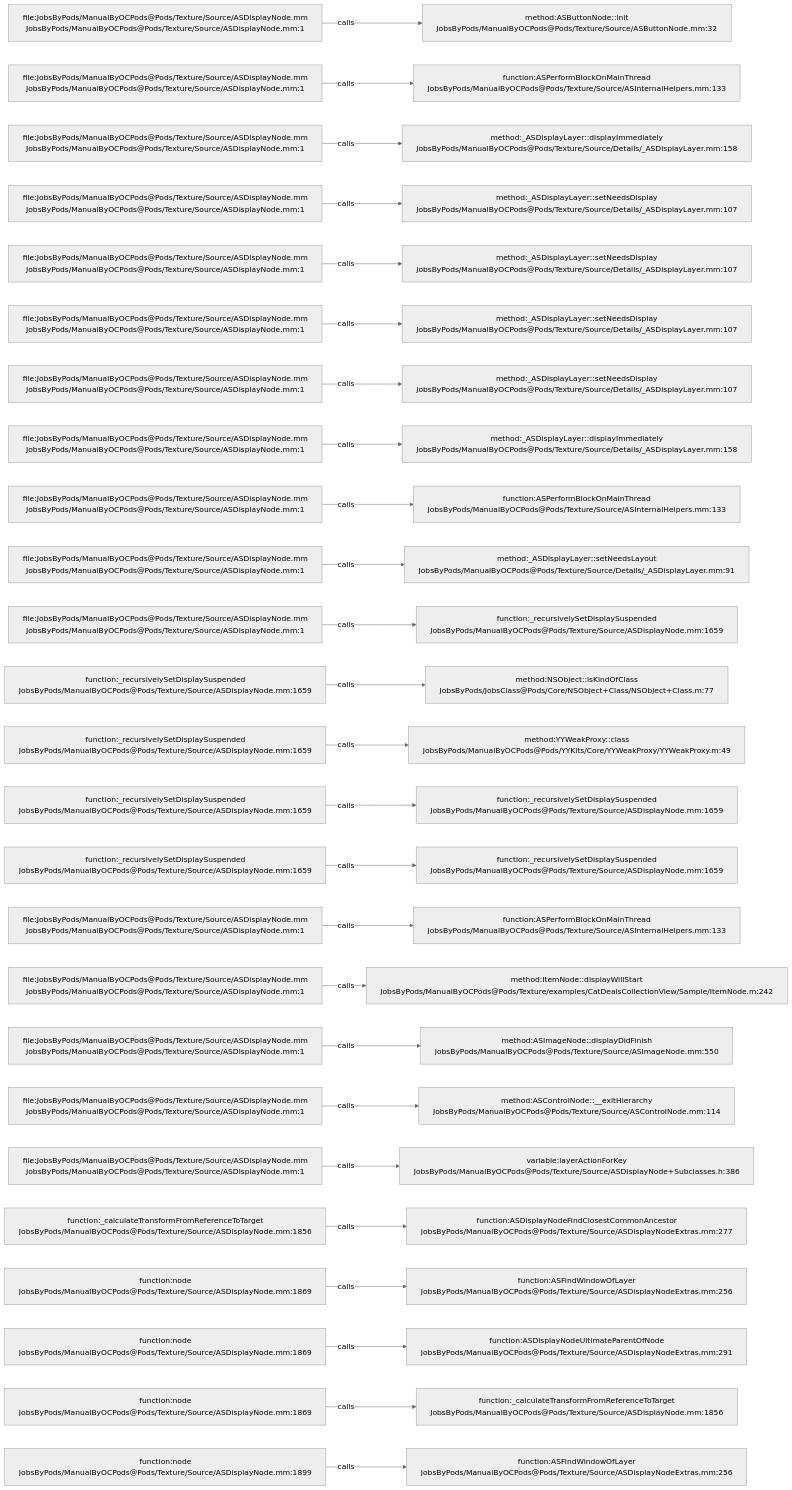
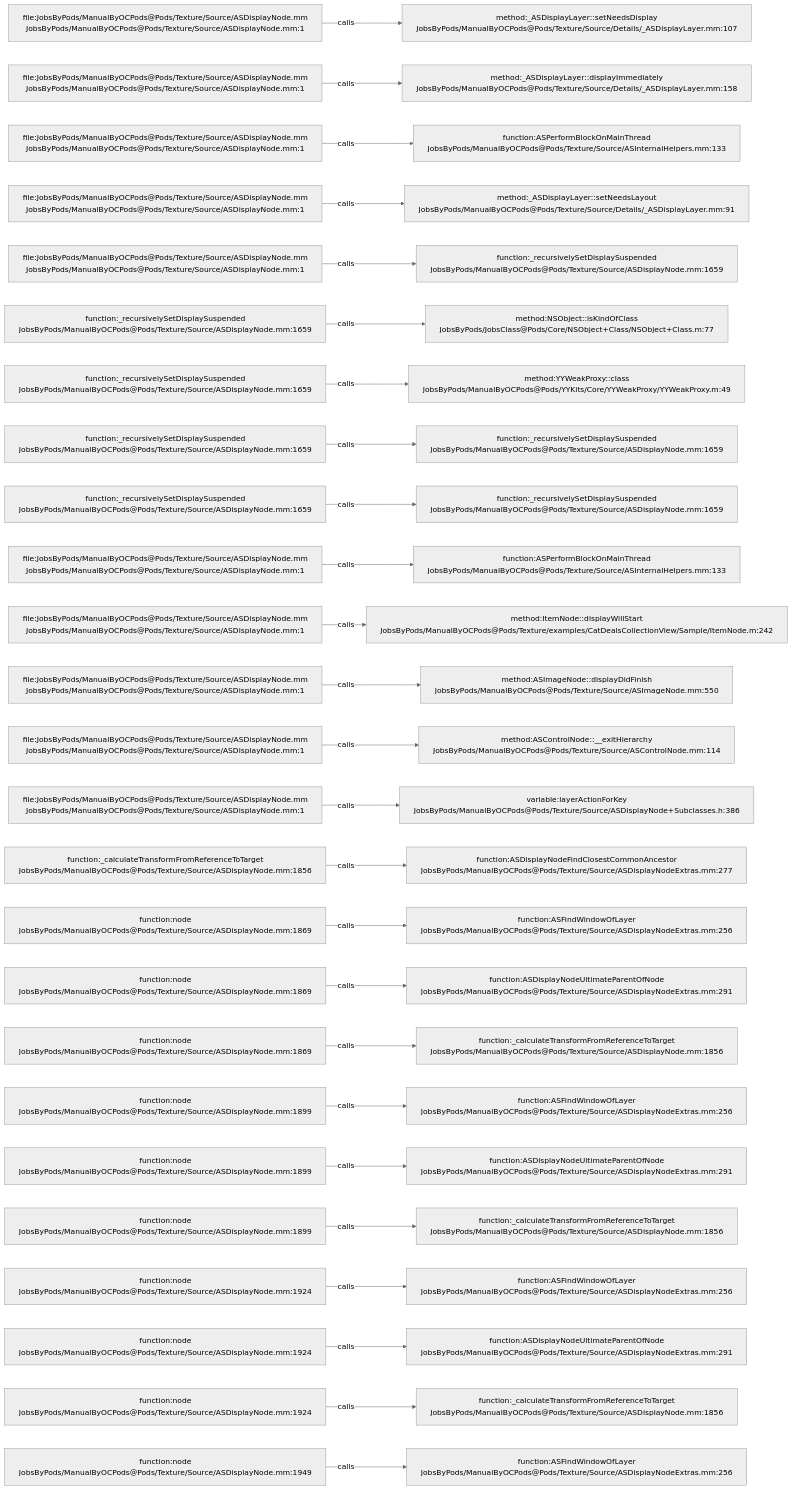
One commit to JobsKits/JobsOCBaseConfigDemo changed the diagram in .codegraph/codegraph.md/graphs/calls-092.md. Above: the diagram before and after it, drawn with Mermaid (neutral theme). The commit also changed 666 other files, not shown here.

````diff
--- a/.codegraph/codegraph.md/graphs/calls-092.md
+++ b/.codegraph/codegraph.md/graphs/calls-092.md
@@ -13,78 +13,78 @@
 ```mermaid
 flowchart LR
   S1["file:JobsByPods/ManualByOCPods@Pods/Texture/Source/ASDisplayNode.mm<br/>JobsByPods/ManualByOCPods@Pods/Texture/Source/ASDisplayNode.mm:1"]
-  T1["method:ASButtonNode::init<br/>JobsByPods/ManualByOCPods@Pods/Texture/Source/ASButtonNode.mm:32"]
+  T1["method:_ASDisplayLayer::setNeedsDisplay<br/>JobsByPods/ManualByOCPods@Pods/Texture/Source/Details/_ASDisplayLayer.mm:107"]
   S1 -->|calls| T1
   S2["file:JobsByPods/ManualByOCPods@Pods/Texture/Source/ASDisplayNode.mm<br/>JobsByPods/ManualByOCPods@Pods/Texture/Source/ASDisplayNode.mm:1"]
-  T2["function:ASPerformBlockOnMainThread<br/>JobsByPods/ManualByOCPods@Pods/Texture/Source/ASInternalHelpers.mm:133"]
+  T2["method:_ASDisplayLayer::displayImmediately<br/>JobsByPods/ManualByOCPods@Pods/Texture/Source/Details/_ASDisplayLayer.mm:158"]
   S2 -->|calls| T2
   S3["file:JobsByPods/ManualByOCPods@Pods/Texture/Source/ASDisplayNode.mm<br/>JobsByPods/ManualByOCPods@Pods/Texture/Source/ASDisplayNode.mm:1"]
-  T3["method:_ASDisplayLayer::displayImmediately<br/>JobsByPods/ManualByOCPods@Pods/Texture/Source/Details/_ASDisplayLayer.mm:158"]
+  T3["function:ASPerformBlockOnMainThread<br/>JobsByPods/ManualByOCPods@Pods/Texture/Source/ASInternalHelpers.mm:133"]
   S3 -->|calls| T3
   S4["file:JobsByPods/ManualByOCPods@Pods/Texture/Source/ASDisplayNode.mm<br/>JobsByPods/ManualByOCPods@Pods/Texture/Source/ASDisplayNode.mm:1"]
-  T4["method:_ASDisplayLayer::setNeedsDisplay<br/>JobsByPods/ManualByOCPods@Pods/Texture/Source/Details/_ASDisplayLayer.mm:107"]
+  T4["method:_ASDisplayLayer::setNeedsLayout<br/>JobsByPods/ManualByOCPods@Pods/Texture/Source/Details/_ASDisplayLayer.mm:91"]
   S4 -->|calls| T4
   S5["file:JobsByPods/ManualByOCPods@Pods/Texture/Source/ASDisplayNode.mm<br/>JobsByPods/ManualByOCPods@Pods/Texture/Source/ASDisplayNode.mm:1"]
-  T5["method:_ASDisplayLayer::setNeedsDisplay<br/>JobsByPods/ManualByOCPods@Pods/Texture/Source/Details/_ASDisplayLayer.mm:107"]
+  T5["function:_recursivelySetDisplaySuspended<br/>JobsByPods/ManualByOCPods@Pods/Texture/Source/ASDisplayNode.mm:1659"]
   S5 -->|calls| T5
-  S6["file:JobsByPods/ManualByOCPods@Pods/Texture/Source/ASDisplayNode.mm<br/>JobsByPods/ManualByOCPods@Pods/Texture/Source/ASDisplayNode.mm:1"]
-  T6["method:_ASDisplayLayer::setNeedsDisplay<br/>JobsByPods/ManualByOCPods@Pods/Texture/Source/Details/_ASDisplayLayer.mm:107"]
+  S6["function:_recursivelySetDisplaySuspended<br/>JobsByPods/ManualByOCPods@Pods/Texture/Source/ASDisplayNode.mm:1659"]
+  T6["method:NSObject::isKindOfClass<br/>JobsByPods/JobsClass@Pods/Core/NSObject+Class/NSObject+Class.m:77"]
   S6 -->|calls| T6
-  S7["file:JobsByPods/ManualByOCPods@Pods/Texture/Source/ASDisplayNode.mm<br/>JobsByPods/ManualByOCPods@Pods/Texture/Source/ASDisplayNode.mm:1"]
-  T7["method:_ASDisplayLayer::setNeedsDisplay<br/>JobsByPods/ManualByOCPods@Pods/Texture/Source/Details/_ASDisplayLayer.mm:107"]
+  S7["function:_recursivelySetDisplaySuspended<br/>JobsByPods/ManualByOCPods@Pods/Texture/Source/ASDisplayNode.mm:1659"]
+  T7["method:YYWeakProxy::class<br/>JobsByPods/ManualByOCPods@Pods/YYKits/Core/YYWeakProxy/YYWeakProxy.m:49"]
   S7 -->|calls| T7
-  S8["file:JobsByPods/ManualByOCPods@Pods/Texture/Source/ASDisplayNode.mm<br/>JobsByPods/ManualByOCPods@Pods/Texture/Source/ASDisplayNode.mm:1"]
-  T8["method:_ASDisplayLayer::displayImmediately<br/>JobsByPods/ManualByOCPods@Pods/Texture/Source/Details/_ASDisplayLayer.mm:158"]
+  S8["function:_recursivelySetDisplaySuspended<br/>JobsByPods/ManualByOCPods@Pods/Texture/Source/ASDisplayNode.mm:1659"]
+  T8["function:_recursivelySetDisplaySuspended<br/>JobsByPods/ManualByOCPods@Pods/Texture/Source/ASDisplayNode.mm:1659"]
   S8 -->|calls| T8
-  S9["file:JobsByPods/ManualByOCPods@Pods/Texture/Source/ASDisplayNode.mm<br/>JobsByPods/ManualByOCPods@Pods/Texture/Source/ASDisplayNode.mm:1"]
-  T9["function:ASPerformBlockOnMainThread<br/>JobsByPods/ManualByOCPods@Pods/Texture/Source/ASInternalHelpers.mm:133"]
+  S9["function:_recursivelySetDisplaySuspended<br/>JobsByPods/ManualByOCPods@Pods/Texture/Source/ASDisplayNode.mm:1659"]
+  T9["function:_recursivelySetDisplaySuspended<br/>JobsByPods/ManualByOCPods@Pods/Texture/Source/ASDisplayNode.mm:1659"]
   S9 -->|calls| T9
   S10["file:JobsByPods/ManualByOCPods@Pods/Texture/Source/ASDisplayNode.mm<br/>JobsByPods/ManualByOCPods@Pods/Texture/Source/ASDisplayNode.mm:1"]
-  T10["method:_ASDisplayLayer::setNeedsLayout<br/>JobsByPods/ManualByOCPods@Pods/Texture/Source/Details/_ASDisplayLayer.mm:91"]
+  T10["function:ASPerformBlockOnMainThread<br/>JobsByPods/ManualByOCPods@Pods/Texture/Source/ASInternalHelpers.mm:133"]
   S10 -->|calls| T10
   S11["file:JobsByPods/ManualByOCPods@Pods/Texture/Source/ASDisplayNode.mm<br/>JobsByPods/ManualByOCPods@Pods/Texture/Source/ASDisplayNode.mm:1"]
-  T11["function:_recursivelySetDisplaySuspended<br/>JobsByPods/ManualByOCPods@Pods/Texture/Source/ASDisplayNode.mm:1659"]
+  T11["method:ItemNode::displayWillStart<br/>JobsByPods/ManualByOCPods@Pods/Texture/examples/CatDealsCollectionView/Sample/ItemNode.m:242"]
   S11 -->|calls| T11
-  S12["function:_recursivelySetDisplaySuspended<br/>JobsByPods/ManualByOCPods@Pods/Texture/Source/ASDisplayNode.mm:1659"]
-  T12["method:NSObject::isKindOfClass<br/>JobsByPods/JobsClass@Pods/Core/NSObject+Class/NSObject+Class.m:77"]
+  S12["file:JobsByPods/ManualByOCPods@Pods/Texture/Source/ASDisplayNode.mm<br/>JobsByPods/ManualByOCPods@Pods/Texture/Source/ASDisplayNode.mm:1"]
+  T12["method:ASImageNode::displayDidFinish<br/>JobsByPods/ManualByOCPods@Pods/Texture/Source/ASImageNode.mm:550"]
   S12 -->|calls| T12
-  S13["function:_recursivelySetDisplaySuspended<br/>JobsByPods/ManualByOCPods@Pods/Texture/Source/ASDisplayNode.mm:1659"]
-  T13["method:YYWeakProxy::class<br/>JobsByPods/ManualByOCPods@Pods/YYKits/Core/YYWeakProxy/YYWeakProxy.m:49"]
+  S13["file:JobsByPods/ManualByOCPods@Pods/Texture/Source/ASDisplayNode.mm<br/>JobsByPods/ManualByOCPods@Pods/Texture/Source/ASDisplayNode.mm:1"]
+  T13["method:ASControlNode::__exitHierarchy<br/>JobsByPods/ManualByOCPods@Pods/Texture/Source/ASControlNode.mm:114"]
   S13 -->|calls| T13
-  S14["function:_recursivelySetDisplaySuspended<br/>JobsByPods/ManualByOCPods@Pods/Texture/Source/ASDisplayNode.mm:1659"]
-  T14["function:_recursivelySetDisplaySuspended<br/>JobsByPods/ManualByOCPods@Pods/Texture/Source/ASDisplayNode.mm:1659"]
+  S14["file:JobsByPods/ManualByOCPods@Pods/Texture/Source/ASDisplayNode.mm<br/>JobsByPods/ManualByOCPods@Pods/Texture/Source/ASDisplayNode.mm:1"]
+  T14["variable:layerActionForKey<br/>JobsByPods/ManualByOCPods@Pods/Texture/Source/ASDisplayNode+Subclasses.h:386"]
   S14 -->|calls| T14
-  S15["function:_recursivelySetDisplaySuspended<br/>JobsByPods/ManualByOCPods@Pods/Texture/Source/ASDisplayNode.mm:1659"]
-  T15["function:_recursivelySetDisplaySuspended<br/>JobsByPods/ManualByOCPods@Pods/Texture/Source/ASDisplayNode.mm:1659"]
+  S15["function:_calculateTransformFromReferenceToTarget<br/>JobsByPods/ManualByOCPods@Pods/Texture/Source/ASDisplayNode.mm:1856"]
+  T15["function:ASDisplayNodeFindClosestCommonAncestor<br/>JobsByPods/ManualByOCPods@Pods/Texture/Source/ASDisplayNodeExtras.mm:277"]
   S15 -->|calls| T15
-  S16["file:JobsByPods/ManualByOCPods@Pods/Texture/Source/ASDisplayNode.mm<br/>JobsByPods/ManualByOCPods@Pods/Texture/Source/ASDisplayNode.mm:1"]
-  T16["function:ASPerformBlockOnMainThread<br/>JobsByPods/ManualByOCPods@Pods/Texture/Source/ASInternalHelpers.mm:133"]
+  S16["function:node<br/>JobsByPods/ManualByOCPods@Pods/Texture/Source/ASDisplayNode.mm:1869"]
+  T16["function:ASFindWindowOfLayer<br/>JobsByPods/ManualByOCPods@Pods/Texture/Source/ASDisplayNodeExtras.mm:256"]
   S16 -->|calls| T16
-  S17["file:JobsByPods/ManualByOCPods@Pods/Texture/Source/ASDisplayNode.mm<br/>JobsByPods/ManualByOCPods@Pods/Texture/Source/ASDisplayNode.mm:1"]
-  T17["method:ItemNode::displayWillStart<br/>JobsByPods/ManualByOCPods@Pods/Texture/examples/CatDealsCollectionView/Sample/ItemNode.m:242"]
+  S17["function:node<br/>JobsByPods/ManualByOCPods@Pods/Texture/Source/ASDisplayNode.mm:1869"]
+  T17["function:ASDisplayNodeUltimateParentOfNode<br/>JobsByPods/ManualByOCPods@Pods/Texture/Source/ASDisplayNodeExtras.mm:291"]
   S17 -->|calls| T17
-  S18["file:JobsByPods/ManualByOCPods@Pods/Texture/Source/ASDisplayNode.mm<br/>JobsByPods/ManualByOCPods@Pods/Texture/Source/ASDisplayNode.mm:1"]
-  T18["method:ASImageNode::displayDidFinish<br/>JobsByPods/ManualByOCPods@Pods/Texture/Source/ASImageNode.mm:550"]
+  S18["function:node<br/>JobsByPods/ManualByOCPods@Pods/Texture/Source/ASDisplayNode.mm:1869"]
+  T18["function:_calculateTransformFromReferenceToTarget<br/>JobsByPods/ManualByOCPods@Pods/Texture/Source/ASDisplayNode.mm:1856"]
   S18 -->|calls| T18
-  S19["file:JobsByPods/ManualByOCPods@Pods/Texture/Source/ASDisplayNode.mm<br/>JobsByPods/ManualByOCPods@Pods/Texture/Source/ASDisplayNode.mm:1"]
-  T19["method:ASControlNode::__exitHierarchy<br/>JobsByPods/ManualByOCPods@Pods/Texture/Source/ASControlNode.mm:114"]
+  S19["function:node<br/>JobsByPods/ManualByOCPods@Pods/Texture/Source/ASDisplayNode.mm:1899"]
+  T19["function:ASFindWindowOfLayer<br/>JobsByPods/ManualByOCPods@Pods/Texture/Source/ASDisplayNodeExtras.mm:256"]
   S19 -->|calls| T19
-  S20["file:JobsByPods/ManualByOCPods@Pods/Texture/Source/ASDisplayNode.mm<br/>JobsByPods/ManualByOCPods@Pods/Texture/Source/ASDisplayNode.mm:1"]
-  T20["variable:layerActionForKey<br/>JobsByPods/ManualByOCPods@Pods/Texture/Source/ASDisplayNode+Subclasses.h:386"]
+  S20["function:node<br/>JobsByPods/ManualByOCPods@Pods/Texture/Source/ASDisplayNode.mm:1899"]
+  T20["function:ASDisplayNodeUltimateParentOfNode<br/>JobsByPods/ManualByOCPods@Pods/Texture/Source/ASDisplayNodeExtras.mm:291"]
   S20 -->|calls| T20
-  S21["function:_calculateTransformFromReferenceToTarget<br/>JobsByPods/ManualByOCPods@Pods/Texture/Source/ASDisplayNode.mm:1856"]
-  T21["function:ASDisplayNodeFindClosestCommonAncestor<br/>JobsByPods/ManualByOCPods@Pods/Texture/Source/ASDisplayNodeExtras.mm:277"]
+  S21["function:node<br/>JobsByPods/ManualByOCPods@Pods/Texture/Source/ASDisplayNode.mm:1899"]
+  T21["function:_calculateTransformFromReferenceToTarget<br/>JobsByPods/ManualByOCPods@Pods/Texture/Source/ASDisplayNode.mm:1856"]
   S21 -->|calls| T21
-  S22["function:node<br/>JobsByPods/ManualByOCPods@Pods/Texture/Source/ASDisplayNode.mm:1869"]
+  S22["function:node<br/>JobsByPods/ManualByOCPods@Pods/Texture/Source/ASDisplayNode.mm:1924"]
   T22["function:ASFindWindowOfLayer<br/>JobsByPods/ManualByOCPods@Pods/Texture/Source/ASDisplayNodeExtras.mm:256"]
   S22 -->|calls| T22
-  S23["function:node<br/>JobsByPods/ManualByOCPods@Pods/Texture/Source/ASDisplayNode.mm:1869"]
+  S23["function:node<br/>JobsByPods/ManualByOCPods@Pods/Texture/Source/ASDisplayNode.mm:1924"]
   T23["function:ASDisplayNodeUltimateParentOfNode<br/>JobsByPods/ManualByOCPods@Pods/Texture/Source/ASDisplayNodeExtras.mm:291"]
   S23 -->|calls| T23
-  S24["function:node<br/>JobsByPods/ManualByOCPods@Pods/Texture/Source/ASDisplayNode.mm:1869"]
+  S24["function:node<br/>JobsByPods/ManualByOCPods@Pods/Texture/Source/ASDisplayNode.mm:1924"]
   T24["function:_calculateTransformFromReferenceToTarget<br/>JobsByPods/ManualByOCPods@Pods/Texture/Source/ASDisplayNode.mm:1856"]
   S24 -->|calls| T24
-  S25["function:node<br/>JobsByPods/ManualByOCPods@Pods/Texture/Source/ASDisplayNode.mm:1899"]
+  S25["function:node<br/>JobsByPods/ManualByOCPods@Pods/Texture/Source/ASDisplayNode.mm:1949"]
   T25["function:ASFindWindowOfLayer<br/>JobsByPods/ManualByOCPods@Pods/Texture/Source/ASDisplayNodeExtras.mm:256"]
   S25 -->|calls| T25
 ```
````
